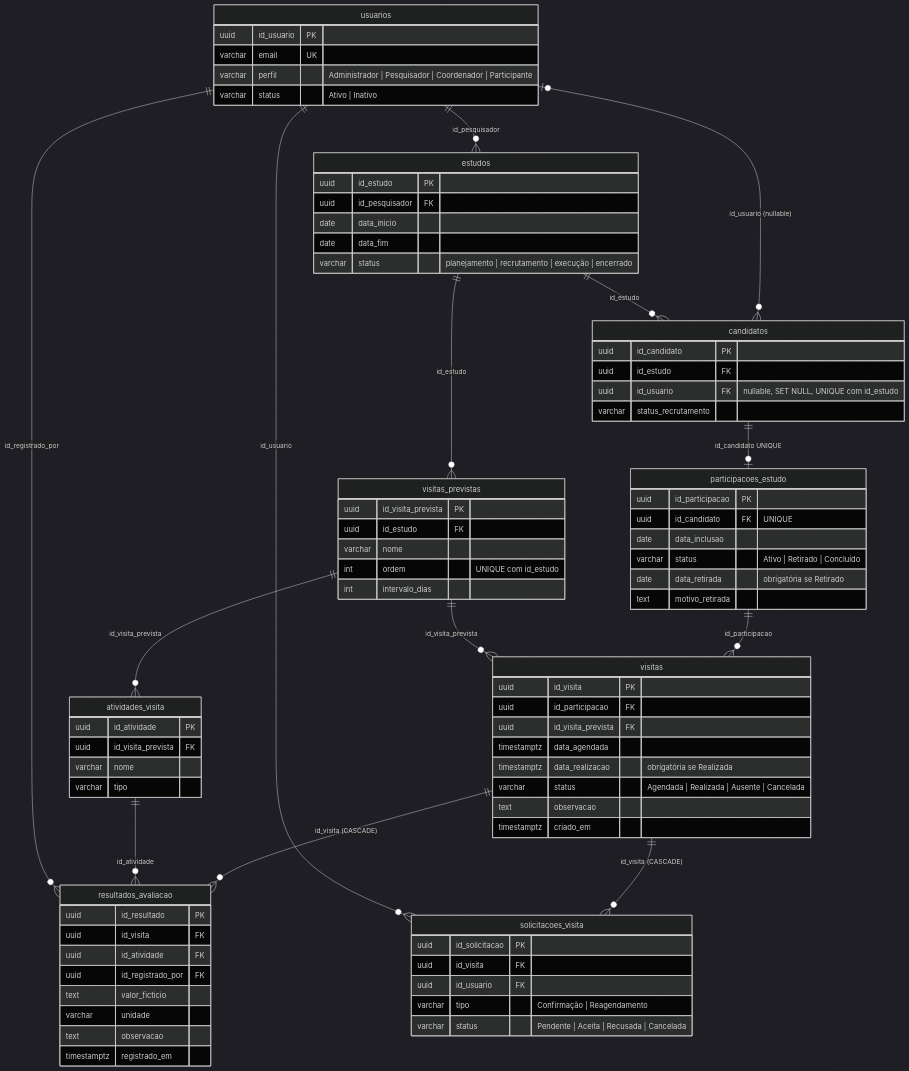
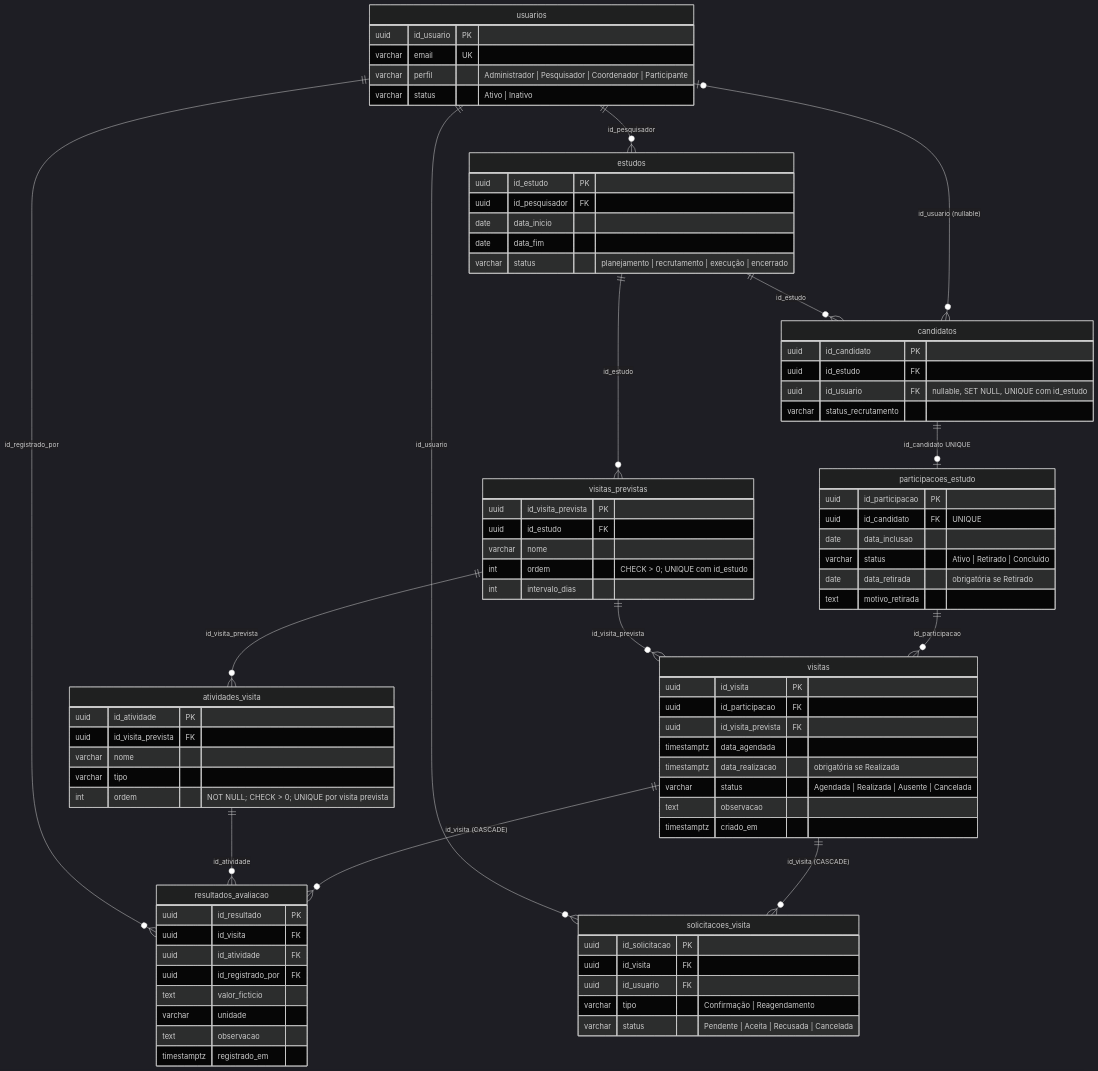
Before and after one commit to sonallycecilia/ClinicalStudyPB: the second of 8 diagrams in docs/releases/release2/Sprint03/diagramas-arquitetura-sequencia-rf12-rf18.md, drawn with Mermaid (dark theme). The commit also changed other lines of this file and 17 other files, not shown here.

```diff
--- a/docs/releases/release2/Sprint03/diagramas-arquitetura-sequencia-rf12-rf18.md
+++ b/docs/releases/release2/Sprint03/diagramas-arquitetura-sequencia-rf12-rf18.md
@@ -276,7 +272,7 @@
         uuid id_visita_prevista PK
         uuid id_estudo FK
         varchar nome
-        int ordem "UNIQUE com id_estudo"
+        int ordem "CHECK > 0; UNIQUE com id_estudo"
         int intervalo_dias
     }
     atividades_visita {
@@ -284,6 +280,7 @@
         uuid id_visita_prevista FK
         varchar nome
         varchar tipo
+        int ordem "NOT NULL; CHECK > 0; UNIQUE por visita prevista"
     }
     visitas {
         uuid id_visita PK
```
